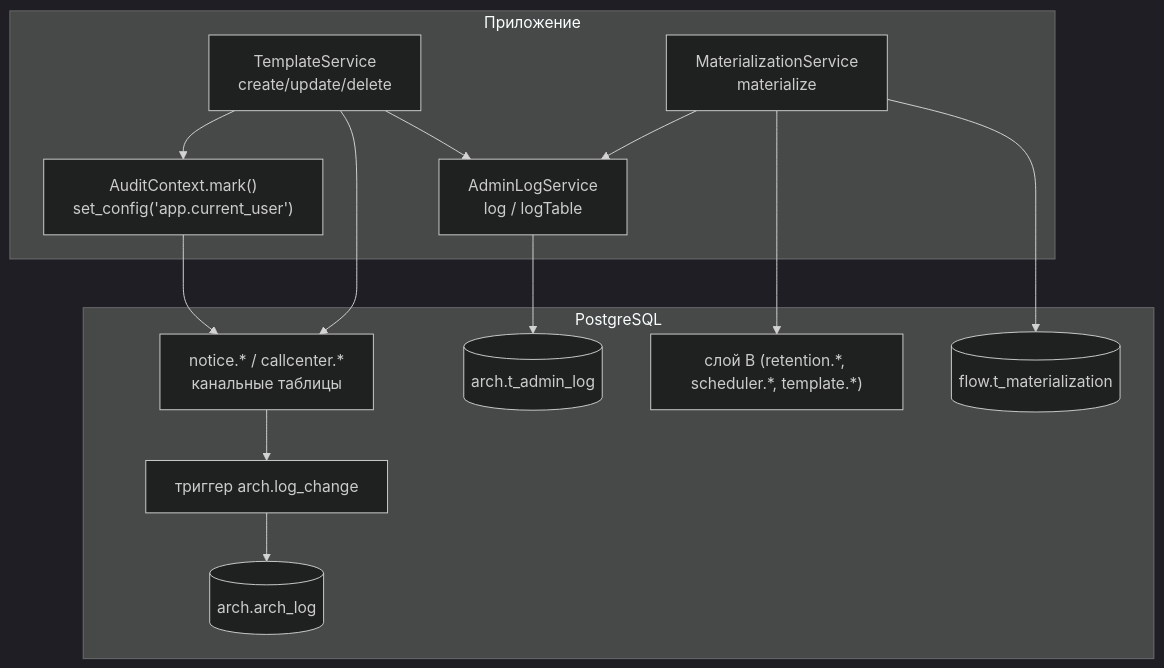
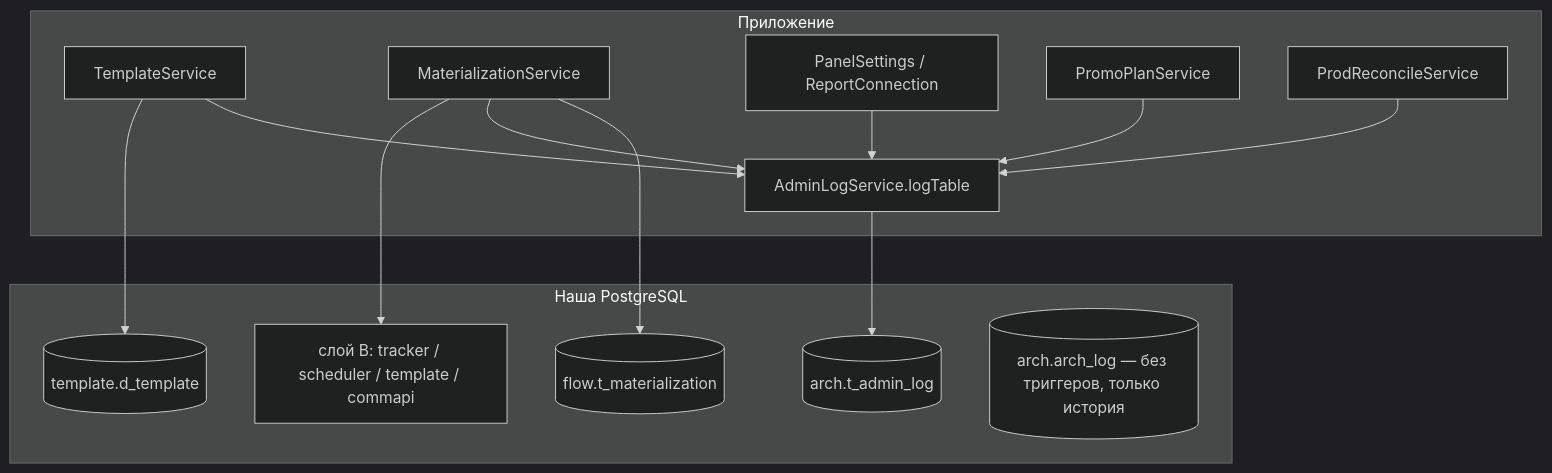
One commit to AlexRaisky/crm.banki.ru changed the diagram in crm-admin/docs/Backend/Аудит и журналирование.md. Above: the diagram before and after it, drawn with Mermaid (dark theme). The commit also changed other lines of this file and 27 other files, not shown here.

````diff
--- a/crm-admin/docs/Backend/Аудит и журналирование.md
+++ b/crm-admin/docs/Backend/Аудит и журналирование.md
@@ -106,24 +97,27 @@
 ```mermaid
 flowchart TD
     subgraph app["Приложение"]
-        TS["TemplateService<br/>create/update/delete"]
-        MS["MaterializationService<br/>materialize"]
-        AC["AuditContext.mark()<br/>set_config('app.current_user')"]
-        AL["AdminLogService<br/>log / logTable"]
+        TS["TemplateService"]
+        MS["MaterializationService"]
+        PS["PanelSettings / ReportConnection"]
+        PP["PromoPlanService"]
+        PR["ProdReconcileService"]
+        AL["AdminLogService.logTable"]
     end
-    subgraph db["PostgreSQL"]
-        CH["notice.* / callcenter.*<br/>канальные таблицы"]
-        TRG["триггер arch.log_change"]
-        A1[("arch.arch_log")]
+    subgraph db["Наша PostgreSQL"]
+        T[("template.d_template")]
+        B["слой B: tracker / scheduler / template / commapi"]
         A2[("arch.t_admin_log")]
-        B["слой B (retention.*, scheduler.*, template.*)"]
         TM[("flow.t_materialization")]
+        A1[("arch.arch_log — без триггеров, только история")]
     end
-    TS --> AC --> CH
-    TS --> CH
-    CH --> TRG --> A1
-    TS --> AL --> A2
+    TS --> T
+    TS --> AL
     MS --> B
     MS --> AL
     MS --> TM
+    PS --> AL
+    PP --> AL
+    PR --> AL
+    AL --> A2
 ```
````
